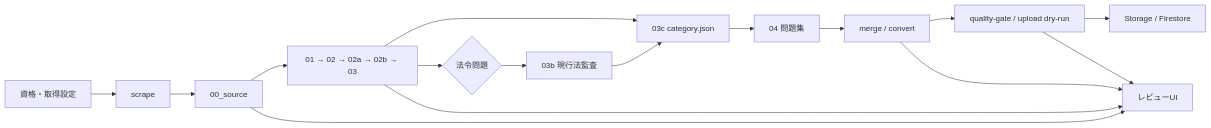
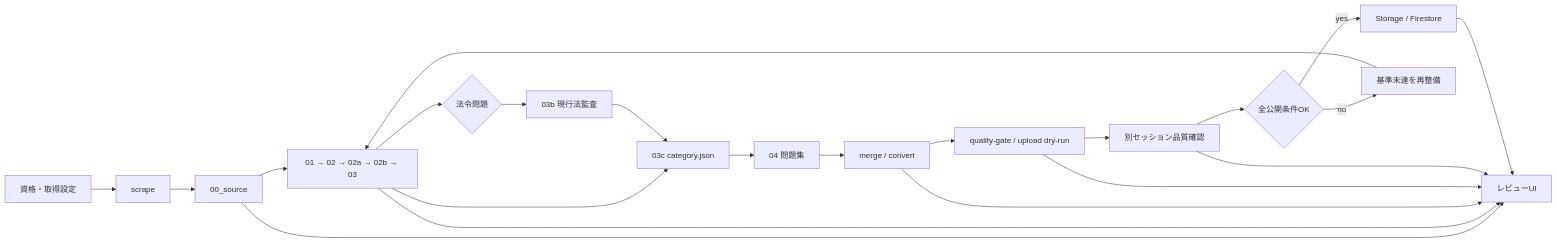
Before and after one commit to yuki-mats/exam_scraper: the diagram in document/operations/exam_pipeline_manual_and_automation.md, drawn with Mermaid. The commit also changed other lines of this file and 3 other files, not shown here.

````diff
--- a/document/operations/exam_pipeline_manual_and_automation.md
+++ b/document/operations/exam_pipeline_manual_and_automation.md
@@ -7,20 +7,26 @@
 ```mermaid
 flowchart LR
   Setup["資格・取得設定"] --> Scrape["scrape"]
   Scrape --> Source["00_source"]
   Source --> Review["01 → 02 → 02a → 02b → 03"]
   Review --> Category["03c category.json"]
   Category --> QuestionSet["04 問題集"]
   QuestionSet --> Merge["merge / convert"]
   Merge --> Gate["quality-gate / upload dry-run"]
-  Gate --> Publish["Storage / Firestore"]
+  Gate --> Verify["別セッション品質確認"]
+  Verify --> Ready{"全公開条件OK"}
+  Ready -->|yes| Publish["Storage / Firestore"]
+  Ready -->|no| Rework["基準未達を再整備"]
+  Rework --> Review
 
   Review --> Law{"法令問題"}
   Law --> Audit["03b 現行法監査"]
   Audit --> Category
 
   Source --> Console["レビューUI"]
   Review --> Console
   Merge --> Console
   Gate --> Console
+  Verify --> Console
+  Publish --> Console
 ```
````
